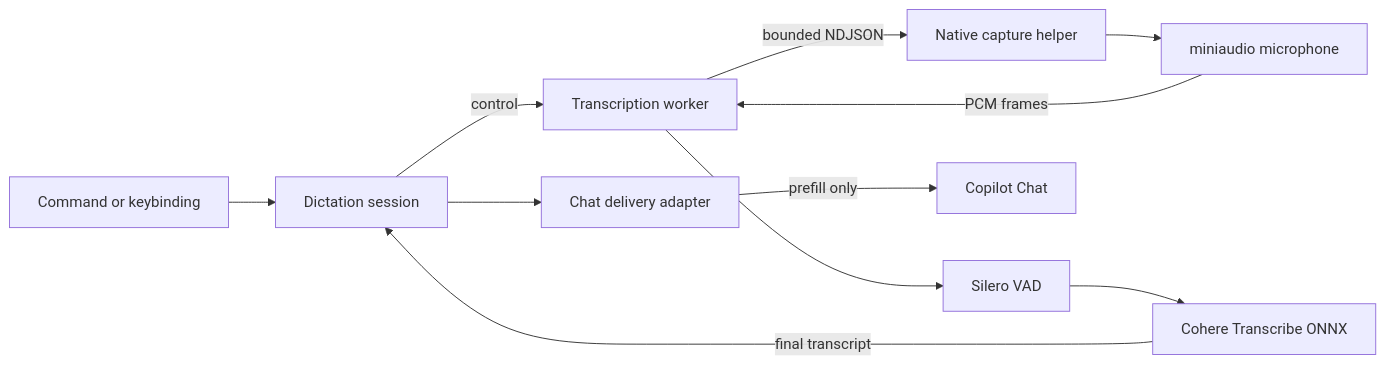
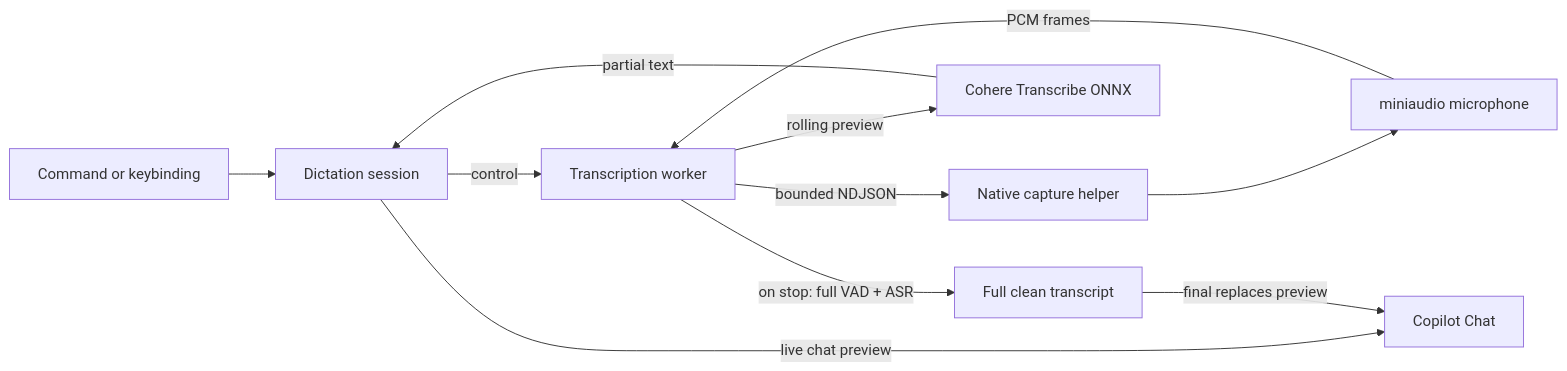
Before and after one commit to maxdewald/copilot-speech: the diagram in README.md, drawn with Mermaid. The commit also changed other lines of this file and 10 other files, not shown here.

Commit message:
feat: add live chat preview and silence auto-stop

````diff
--- a/README.md
+++ b/README.md
@@ -45,13 +45,13 @@
 ```mermaid
 flowchart LR
 	Command[Command or keybinding] --> Session[Dictation session]
 	Session -->|control| Worker[Transcription worker]
 	Worker -->|bounded NDJSON| Helper[Native capture helper]
 	Helper --> Capture[miniaudio microphone]
 	Capture -->|PCM frames| Worker
-	Worker --> VAD[Silero VAD]
-	VAD --> Cohere[Cohere Transcribe ONNX]
-	Cohere -->|final transcript| Session
-	Session --> Delivery[Chat delivery adapter]
-	Delivery -->|prefill only| Chat[Copilot Chat]
+	Worker -->|rolling preview| CoherePreview[Cohere Transcribe ONNX]
+	CoherePreview -->|partial text| Session
+	Session -->|live chat preview| Chat[Copilot Chat]
+	Worker -->|on stop: full VAD + ASR| CohereFinal[Full clean transcript]
+	CohereFinal -->|final replaces preview| Chat
 ```
````
